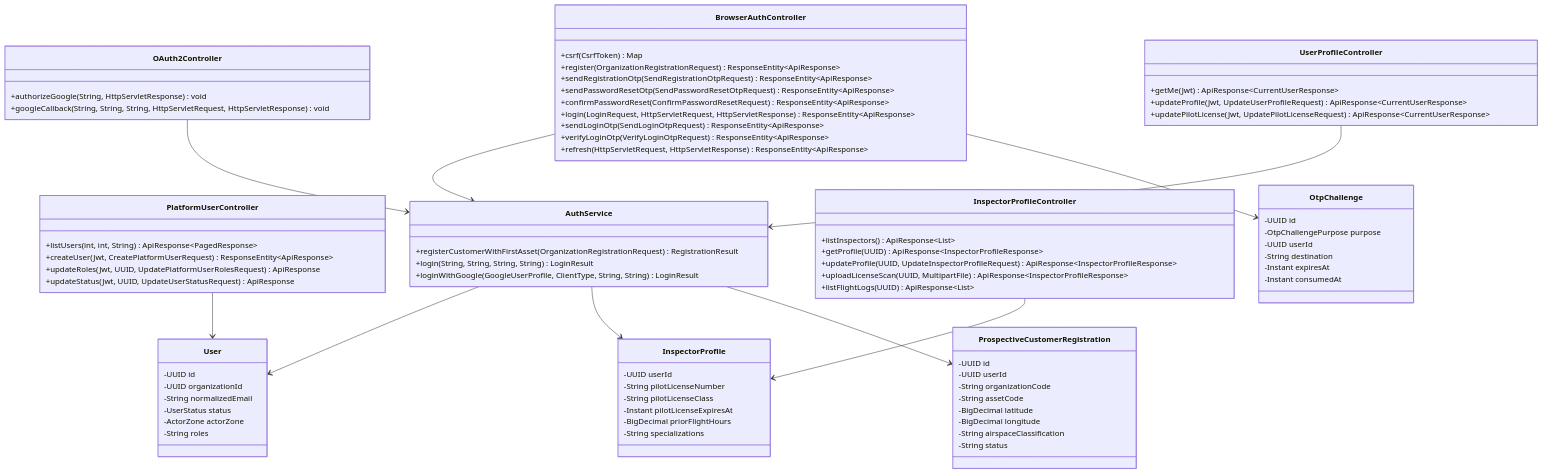
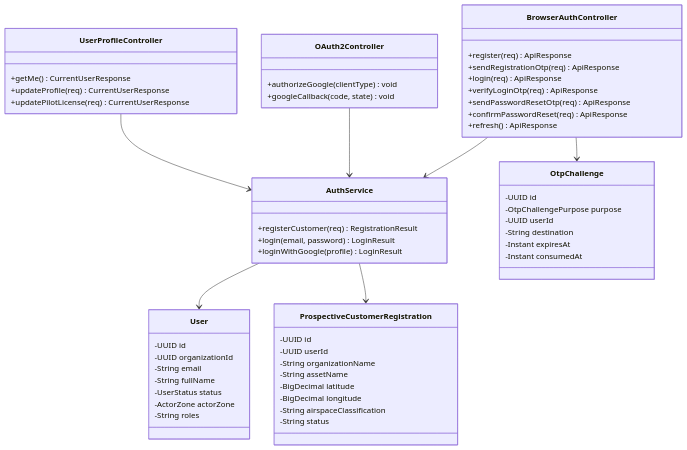
The first of 23 diagrams in reports/report-4-software-design-document/03-detailed-design.md (tungbach12/SmartDroneInspection-Docs), drawn with Mermaid before and after one commit. The commit also changed other lines of this file and 206 other files, not shown here.

First line of the commit message:
docs(reports): synchronize Report 1-5 changes, update diagrams, and clean exports

````diff
--- a/reports/report-4-software-design-document/03-detailed-design.md
+++ b/reports/report-4-software-design-document/03-detailed-design.md
@@ -14,59 +14,37 @@
 ```mermaid
-%% title: Identity, OAuth2 and 5-Role Access Control Class Diagram
+%% title: FE-01 Customer Registration, Sign-In and Account Access Class Diagram
 classDiagram
   class BrowserAuthController {
-    +csrf(CsrfToken) Map
-    +register(OrganizationRegistrationRequest) ResponseEntity~ApiResponse~
-    +sendRegistrationOtp(SendRegistrationOtpRequest) ResponseEntity~ApiResponse~
-    +sendPasswordResetOtp(SendPasswordResetOtpRequest) ResponseEntity~ApiResponse~
-    +confirmPasswordReset(ConfirmPasswordResetRequest) ResponseEntity~ApiResponse~
-    +login(LoginRequest, HttpServletRequest, HttpServletResponse) ResponseEntity~ApiResponse~
-    +sendLoginOtp(SendLoginOtpRequest) ResponseEntity~ApiResponse~
-    +verifyLoginOtp(VerifyLoginOtpRequest) ResponseEntity~ApiResponse~
-    +refresh(HttpServletRequest, HttpServletResponse) ResponseEntity~ApiResponse~
+    +register(req) ApiResponse
+    +sendRegistrationOtp(req) ApiResponse
+    +login(req) ApiResponse
+    +verifyLoginOtp(req) ApiResponse
+    +sendPasswordResetOtp(req) ApiResponse
+    +confirmPasswordReset(req) ApiResponse
+    +refresh() ApiResponse
   }
   class OAuth2Controller {
-    +authorizeGoogle(String, HttpServletResponse) void
-    +googleCallback(String, String, String, HttpServletRequest, HttpServletResponse) void
+    +authorizeGoogle(clientType) void
+    +googleCallback(code, state) void
   }
   class UserProfileController {
-    +getMe(Jwt) ApiResponse~CurrentUserResponse~
-    +updateProfile(Jwt, UpdateUserProfileRequest) ApiResponse~CurrentUserResponse~
-    +updatePilotLicense(Jwt, UpdatePilotLicenseRequest) ApiResponse~CurrentUserResponse~
-  }
-  class PlatformUserController {
-    +listUsers(int, int, String) ApiResponse~PagedResponse~
-    +createUser(Jwt, CreatePlatformUserRequest) ResponseEntity~ApiResponse~
-    +updateRoles(Jwt, UUID, UpdatePlatformUserRolesRequest) ApiResponse
-    +updateStatus(Jwt, UUID, UpdateUserStatusRequest) ApiResponse
+    +getMe() CurrentUserResponse
+    +updateProfile(req) CurrentUserResponse
+    +updatePilotLicense(req) CurrentUserResponse
   }
   class AuthService {
-    +registerCustomerWithFirstAsset(OrganizationRegistrationRequest) RegistrationResult
-    +login(String, String, String, String) LoginResult
-    +loginWithGoogle(GoogleUserProfile, ClientType, String, String) LoginResult
+    +registerCustomer(req) RegistrationResult
+    +login(email, password) LoginResult
+    +loginWithGoogle(profile) LoginResult
   }
   class User {
     -UUID id
     -UUID organizationId
-    -String normalizedEmail
+    -String email
+    -String fullName
     -UserStatus status
     -ActorZone actorZone
     -String roles
-  }
-  class InspectorProfileController {
-    +listInspectors() ApiResponse~List~
-    +getProfile(UUID) ApiResponse~InspectorProfileResponse~
-    +updateProfile(UUID, UpdateInspectorProfileRequest) ApiResponse~InspectorProfileResponse~
-    +uploadLicenseScan(UUID, MultipartFile) ApiResponse~InspectorProfileResponse~
-    +listFlightLogs(UUID) ApiResponse~List~
-  }
-  class InspectorProfile {
-    -UUID userId
-    -String pilotLicenseNumber
-    -String pilotLicenseClass
-    -Instant pilotLicenseExpiresAt
-    -BigDecimal priorFlightHours
-    -String specializations
   }
   class OtpChallenge {
     -UUID id
@@ -79,8 +57,8 @@
   class ProspectiveCustomerRegistration {
     -UUID id
     -UUID userId
-    -String organizationCode
-    -String assetCode
+    -String organizationName
+    -String assetName
     -BigDecimal latitude
     -BigDecimal longitude
     -String airspaceClassification
@@ -90,9 +68,6 @@
   BrowserAuthController --> OtpChallenge
   OAuth2Controller --> AuthService
   UserProfileController --> AuthService
-  InspectorProfileController --> InspectorProfile
-  PlatformUserController --> User
   AuthService --> User
-  AuthService --> InspectorProfile
   AuthService --> ProspectiveCustomerRegistration
 ```
````
